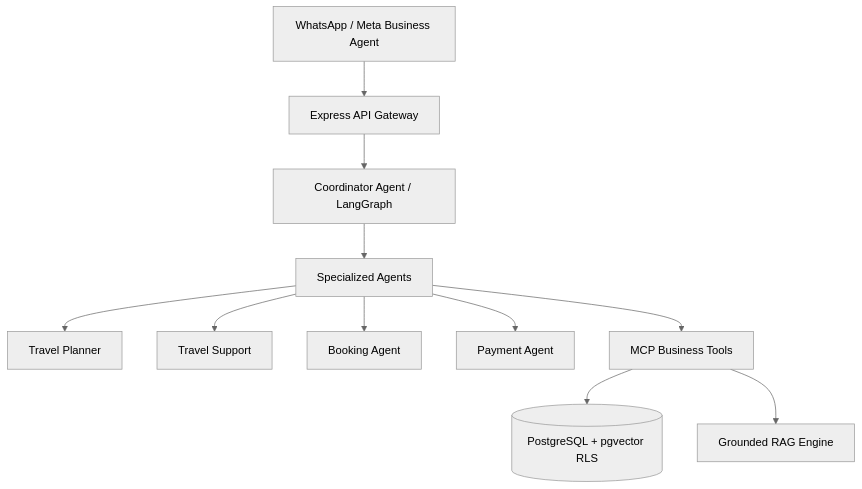
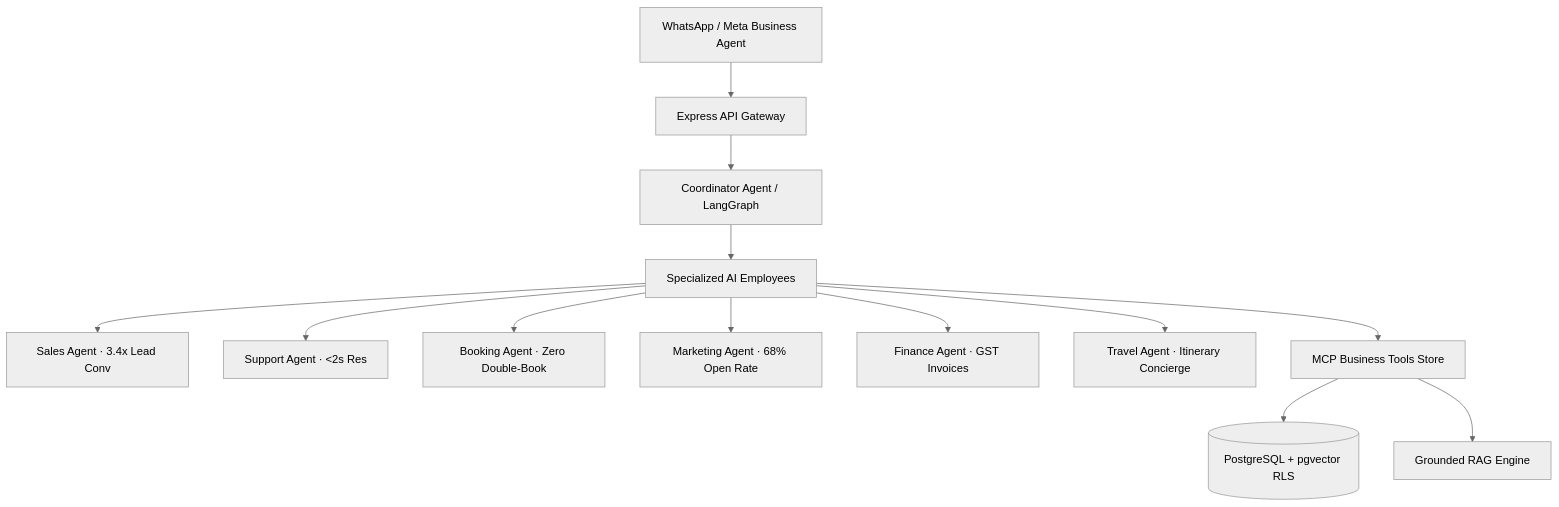
One commit to AnupamaJain/BusinessOS-AI changed the diagram in docs/00-Executive-Summary.md. Above: the diagram before and after it, drawn with Mermaid (neutral theme). The commit also changed other lines of this file and 13 other files, not shown here.

````diff
--- a/docs/00-Executive-Summary.md
+++ b/docs/00-Executive-Summary.md
@@ -24,14 +23,17 @@
 ```mermaid
 graph TD
     Client[WhatsApp / Meta Business Agent] --> Gateway[Express API Gateway]
     Gateway --> Coordinator[Coordinator Agent / LangGraph]
-    Coordinator --> Specialists[Specialized Agents]
-    Specialists --> Sales[Travel Planner]
-    Specialists --> Support[Travel Support]
-    Specialists --> Booking[Booking Agent]
-    Specialists --> Payment[Payment Agent]
+    Coordinator --> Specialists[Specialized AI Employees]
     
-    Specialists --> MCP[MCP Business Tools]
+    Specialists --> Sales[Sales Agent · 3.4x Lead Conv]
+    Specialists --> Support[Support Agent · <2s Res]
+    Specialists --> Booking[Booking Agent · Zero Double-Book]
+    Specialists --> Marketing[Marketing Agent · 68% Open Rate]
+    Specialists --> Finance[Finance Agent · GST Invoices]
+    Specialists --> Travel[Travel Agent · Itinerary Concierge]
+    
+    Specialists --> MCP[MCP Business Tools Store]
     MCP --> DB[(PostgreSQL + pgvector RLS)]
     MCP --> RAG[Grounded RAG Engine]
 ```
````
